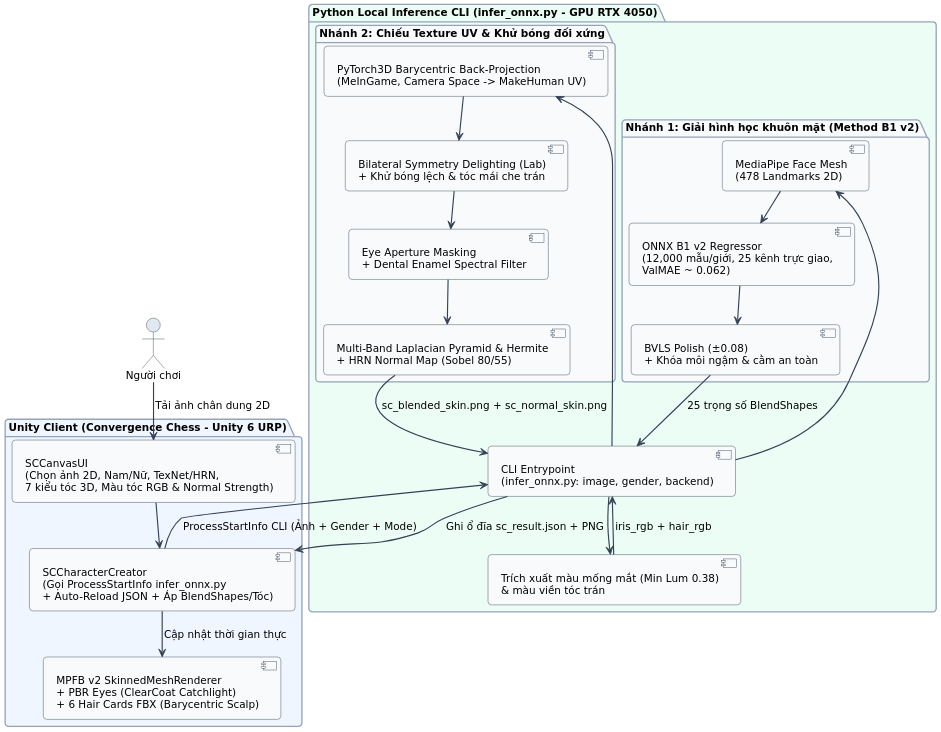
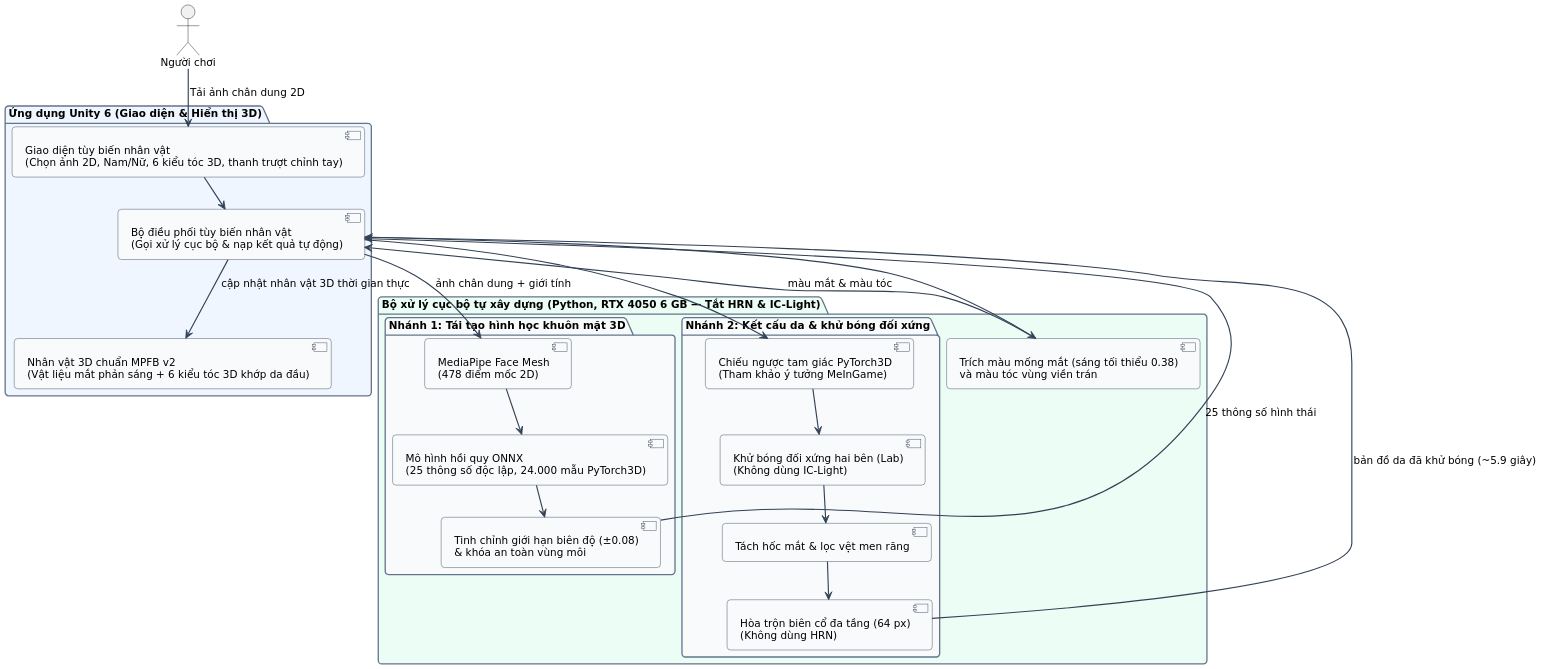
One commit to ThienVan1208/DACN-261-Report changed the diagram in Diagrams/puml/10_pipeline_smart_customization.puml. Above: the diagram before and after it, drawn with PlantUML. The commit also changed 46 other files, not shown here.

```diff
--- a/Diagrams/puml/10_pipeline_smart_customization.puml
+++ b/Diagrams/puml/10_pipeline_smart_customization.puml
@@ -1,77 +1,55 @@
 @startuml
 !pragma layout smetana
 skinparam dpi 170
 skinparam backgroundColor #FFFFFF
 skinparam shadowing false
 skinparam defaultFontName "DejaVu Sans"
 skinparam defaultFontSize 12
 skinparam roundcorner 8
 skinparam ArrowColor #334155
 skinparam ArrowThickness 1.3
-skinparam BorderColor #475569
-skinparam ClassBackgroundColor #F8FAFC
-skinparam ClassBorderColor #334155
-skinparam ClassHeaderBackgroundColor #E2E8F0
 skinparam PackageBackgroundColor #FFFFFF
 skinparam PackageBorderColor #64748B
 skinparam ComponentBackgroundColor #F8FAFC
 skinparam ComponentBorderColor #334155
-skinparam RectangleBackgroundColor #F8FAFC
-skinparam RectangleBorderColor #334155
-skinparam UsecaseBackgroundColor #F1F5F9
-skinparam UsecaseBorderColor #334155
-skinparam ActorBackgroundColor #E2E8F0
-skinparam ActorBorderColor #334155
-skinparam StateBackgroundColor #F8FAFC
-skinparam StateBorderColor #334155
-skinparam SequenceParticipantBackgroundColor #F1F5F9
-skinparam SequenceParticipantBorderColor #334155
-skinparam SequenceLifeLineBorderColor #64748B
-skinparam SequenceGroupBackgroundColor #F8FAFC
-skinparam SequenceGroupBorderColor #94A3B8
-skinparam NoteBackgroundColor #FFFBEB
-skinparam NoteBorderColor #D97706
 
 top to bottom direction
 
 actor "Người chơi" as User
 
-package "Unity Client (Convergence Chess - Unity 6 URP)" #EFF6FF {
-  [SCCanvasUI\n(Chọn ảnh 2D, Nam/Nữ, TexNet/HRN,\n7 kiểu tóc 3D, Màu tóc RGB & Normal Strength)] as SCUI
-  [SCCharacterCreator\n(Gọi ProcessStartInfo infer_onnx.py\n+ Auto-Reload JSON + Áp BlendShapes/Tóc)] as SCCreator
-  [MPFB v2 SkinnedMeshRenderer\n+ PBR Eyes (ClearCoat Catchlight)\n+ 6 Hair Cards FBX (Barycentric Scalp)] as Mesh3D
+package "Ứng dụng Unity 6 (Giao diện & Hiển thị 3D)" #EFF6FF {
+  [Giao diện tùy biến nhân vật\n(Chọn ảnh 2D, Nam/Nữ, 6 kiểu tóc 3D, thanh trượt chỉnh tay)] as SCUI
+  [Bộ điều phối tùy biến nhân vật\n(Gọi xử lý cục bộ & nạp kết quả tự động)] as SCCreator
+  [Nhân vật 3D chuẩn MPFB v2\n(Vật liệu mắt phản sáng + 6 kiểu tóc 3D khớp da đầu)] as Mesh3D
 }
 
-package "Python Local Inference CLI (infer_onnx.py - GPU RTX 4050)" #ECFDF5 {
-  [CLI Entrypoint\n(infer_onnx.py: image, gender, backend)] as CLI
-  package "Nhánh 1: Giải hình học khuôn mặt (Method B1 v2)" #F8FAFC {
-    [MediaPipe Face Mesh\n(478 Landmarks 2D)] as MP
-    [ONNX B1 v2 Regressor\n(12,000 mẫu/giới, 25 kênh trực giao,\nValMAE ~ 0.062)] as ONNX
-    [BVLS Polish (±0.08)\n+ Khóa môi ngậm & cằm an toàn] as BVLS
+package "Bộ xử lý cục bộ tự xây dựng (Python, RTX 4050 6 GB — Tắt HRN & IC-Light)" #ECFDF5 {
+  package "Nhánh 1: Tái tạo hình học khuôn mặt 3D" #F8FAFC {
+    [MediaPipe Face Mesh\n(478 điểm mốc 2D)] as MP
+    [Mô hình hồi quy ONNX\n(25 thông số độc lập, 24.000 mẫu PyTorch3D)] as ONNX
+    [Tinh chỉnh giới hạn biên độ (±0.08)\n& khóa an toàn vùng môi] as BVLS
     MP --> ONNX
     ONNX --> BVLS
   }
-  package "Nhánh 2: Chiếu Texture UV & Khử bóng đối xứng" #F8FAFC {
-    [PyTorch3D Barycentric Back-Projection\n(MeInGame, Camera Space -> MakeHuman UV)] as Py3D
-    [Bilateral Symmetry Delighting (Lab)\n+ Khử bóng lệch & tóc mái che trán] as Delight
-    [Eye Aperture Masking\n+ Dental Enamel Spectral Filter] as Mask
-    [Multi-Band Laplacian Pyramid & Hermite\n+ HRN Normal Map (Sobel 80/55)] as Blend
+  package "Nhánh 2: Kết cấu da & khử bóng đối xứng" #F8FAFC {
+    [Chiếu ngược tam giác PyTorch3D\n(Tham khảo ý tưởng MeInGame)] as Py3D
+    [Khử bóng đối xứng hai bên (Lab)\n(Không dùng IC-Light)] as Delight
+    [Tách hốc mắt & lọc vệt men răng] as Mask
+    [Hòa trộn biên cổ đa tầng (64 px)\n(Không dùng HRN)] as Blend
     Py3D --> Delight
     Delight --> Mask
     Mask --> Blend
   }
-  [Trích xuất màu mống mắt (Min Lum 0.38)\n& màu viền tóc trán] as ColorExt
+  [Trích màu mống mắt (sáng tối thiểu 0.38)\nvà màu tóc vùng viền trán] as ColorExt
 }
 
 User --> SCUI : Tải ảnh chân dung 2D
 SCUI --> SCCreator
-SCCreator --> CLI : ProcessStartInfo CLI (Ảnh + Gender + Mode)
-CLI --> MP
-CLI --> Py3D
-CLI --> ColorExt
-BVLS --> CLI : 25 trọng số BlendShapes
-Blend --> CLI : sc_blended_skin.png + sc_normal_skin.png
-ColorExt --> CLI : iris_rgb + hair_rgb
-CLI --> SCCreator : Ghi ổ đĩa sc_result.json + PNG
-SCCreator --> Mesh3D : Cập nhật thời gian thực
+SCCreator --> MP : ảnh chân dung + giới tính
+SCCreator --> Py3D
+SCCreator --> ColorExt
+BVLS --> SCCreator : 25 thông số hình thái
+Blend --> SCCreator : bản đồ da đã khử bóng (~5.9 giây)
+ColorExt --> SCCreator : màu mắt & màu tóc
+SCCreator --> Mesh3D : cập nhật nhân vật 3D thời gian thực
 @enduml
```
